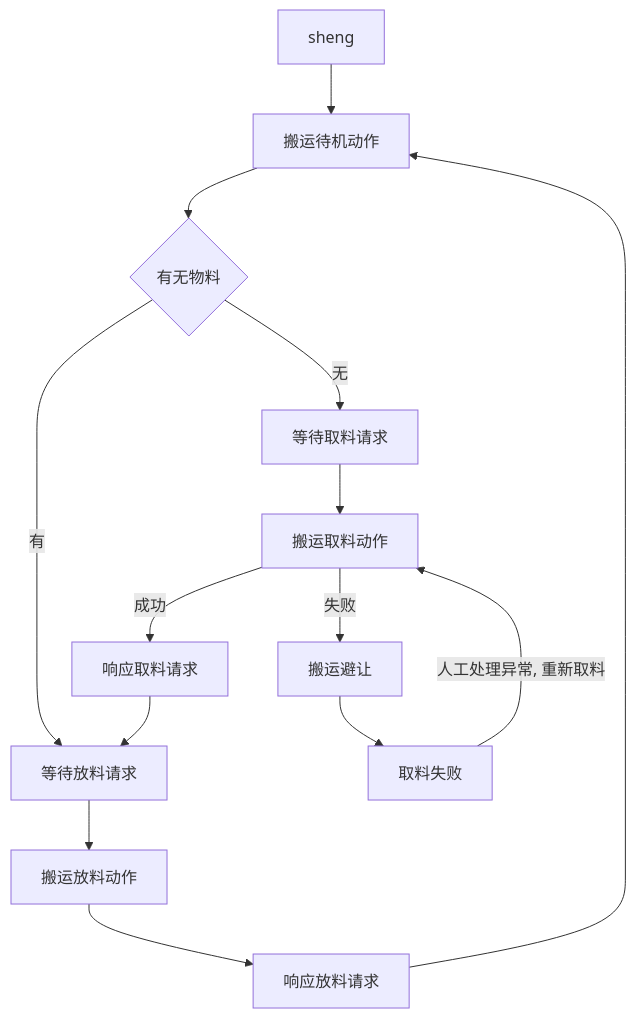
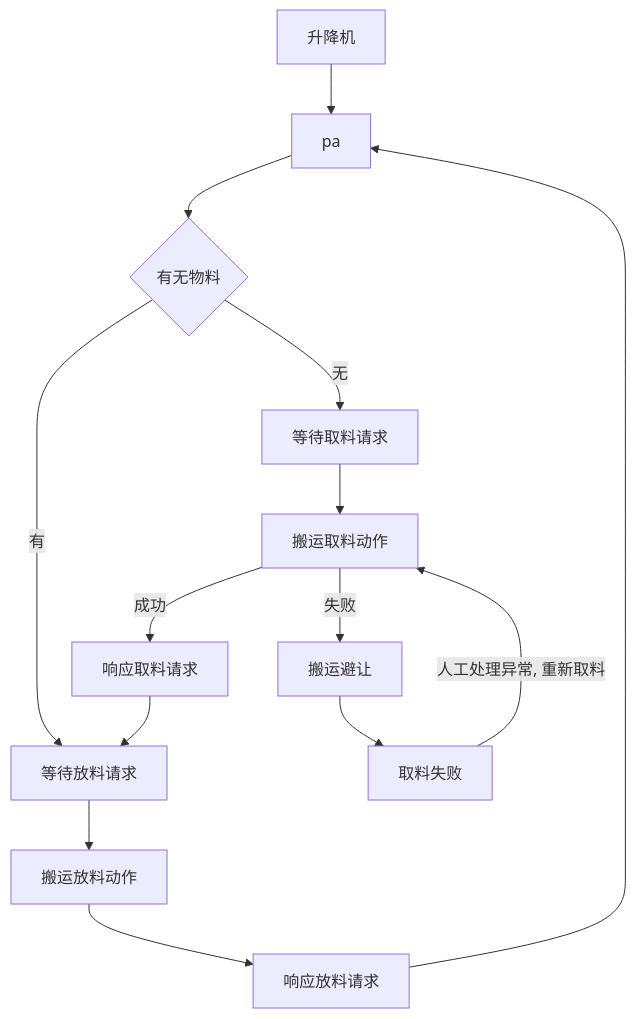
Before and after one commit to PengKun1/iodraw-files: the diagram in all/升降台.md, drawn with Mermaid.

Commit message:
2024-12-23 10:18:27 update

````diff
--- a/all/升降台.md
+++ b/all/升降台.md
@@ -1,17 +1,17 @@
 ```mermaid
 graph TD
-0[sheng]-->10
-10[搬运待机动作]-->20
+0[升降机]-->10
+10[pa]-->20
 20{有无物料}-->|无|30
 20-->|有|60
 30[等待取料请求]-->40
 40[搬运取料动作]-->|成功|50
 40-->|失败|90
 50[响应取料请求]-->60
 60[等待放料请求]-->70
 70[搬运放料动作]-->80
 80[响应放料请求]-->10
 90[搬运避让]-->900
 
 900[取料失败]-->|人工处理异常, 重新取料|40
 ```
````
